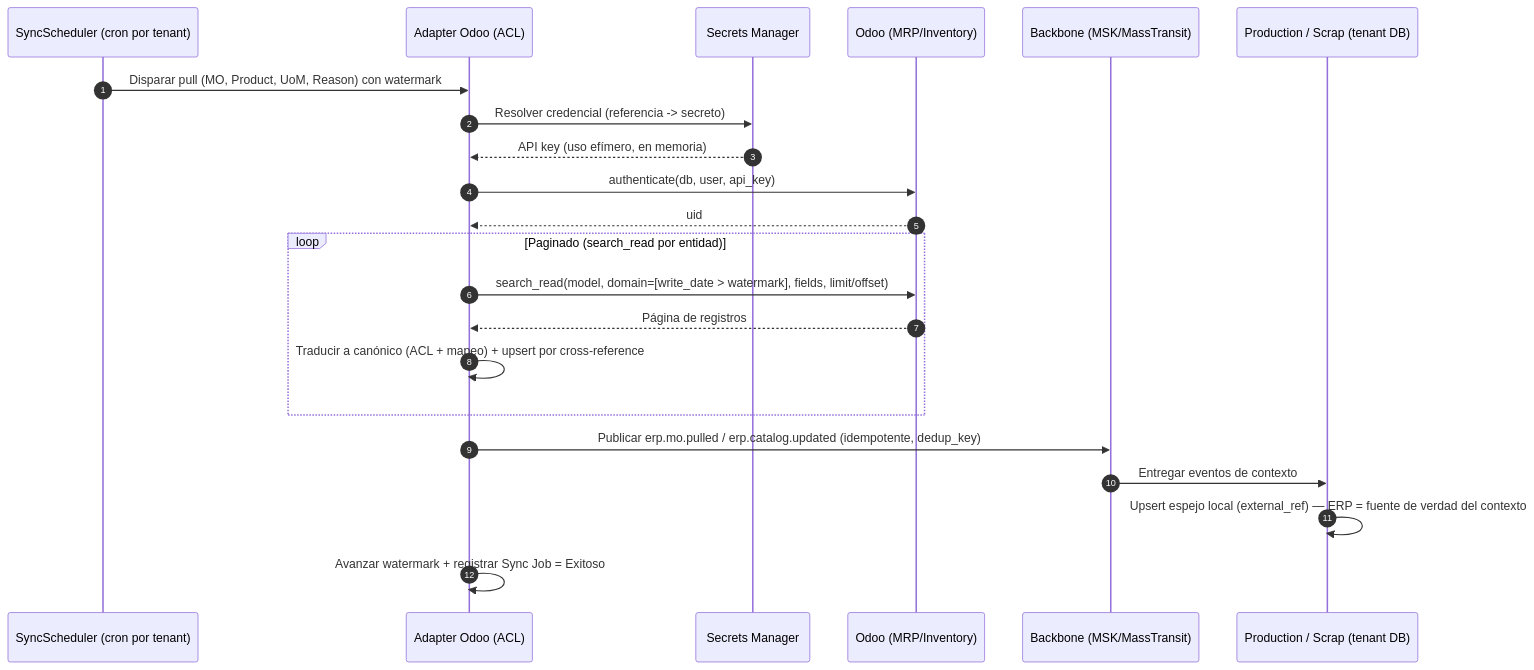
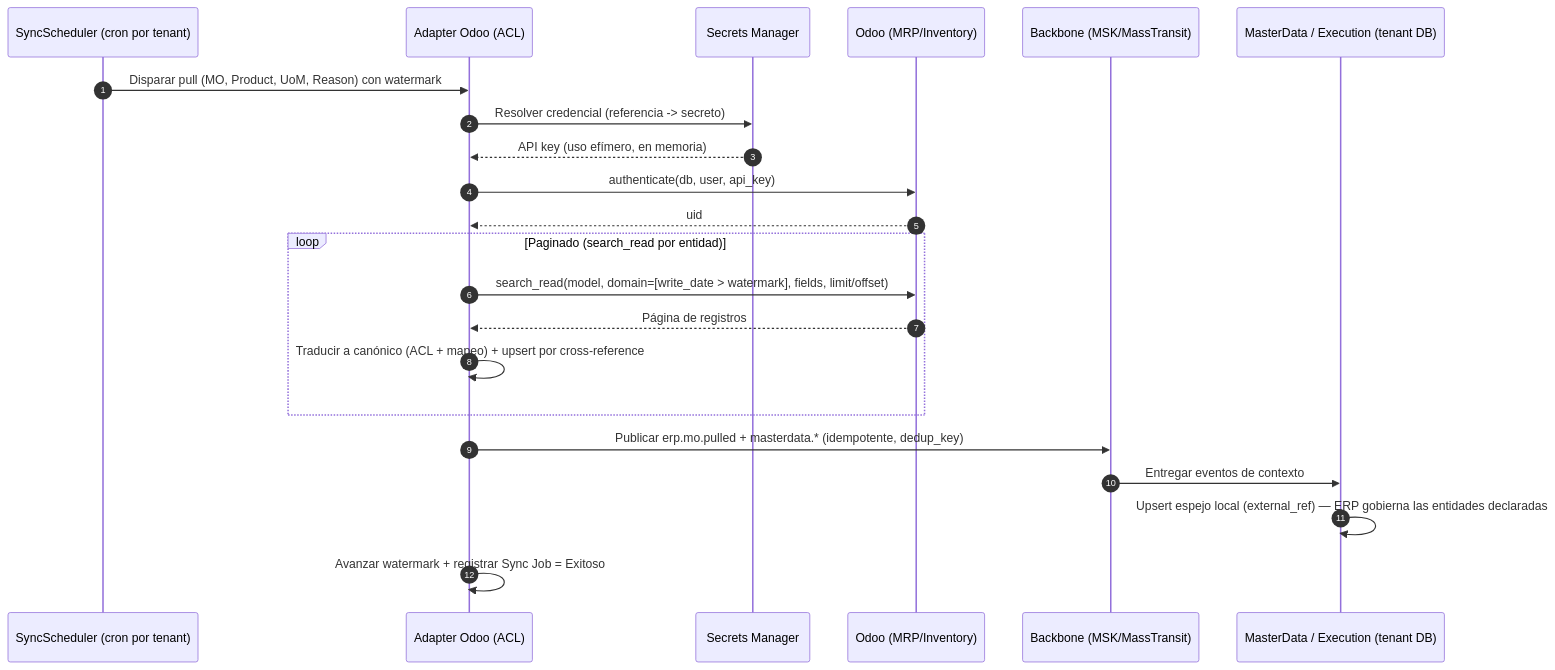
Before and after one commit to buttiepedro/mes: the second of 7 diagrams in docs/design/06-odoo-connector.md, drawn with Mermaid. The commit also changed other lines of this file and 17 other files, not shown here.

````diff
--- a/docs/design/06-odoo-connector.md
+++ b/docs/design/06-odoo-connector.md
@@ -312,25 +383,25 @@
 ```mermaid
 sequenceDiagram
     autonumber
     participant Sch as SyncScheduler (cron por tenant)
     participant Conn as Adapter Odoo (ACL)
     participant SM as Secrets Manager
     participant Odoo as Odoo (MRP/Inventory)
     participant Bus as Backbone (MSK/MassTransit)
-    participant Core as Production / Scrap (tenant DB)
+    participant Core as MasterData / Execution (tenant DB)
 
     Sch->>Conn: Disparar pull (MO, Product, UoM, Reason) con watermark
     Conn->>SM: Resolver credencial (referencia -> secreto)
     SM-->>Conn: API key (uso efímero, en memoria)
     Conn->>Odoo: authenticate(db, user, api_key)
     Odoo-->>Conn: uid
     loop Paginado (search_read por entidad)
         Conn->>Odoo: search_read(model, domain=[write_date > watermark], fields, limit/offset)
         Odoo-->>Conn: Página de registros
         Conn->>Conn: Traducir a canónico (ACL + mapeo) + upsert por cross-reference
     end
-    Conn->>Bus: Publicar erp.mo.pulled / erp.catalog.updated (idempotente, dedup_key)
+    Conn->>Bus: Publicar erp.mo.pulled + masterdata.* (idempotente, dedup_key)
     Bus->>Core: Entregar eventos de contexto
-    Core->>Core: Upsert espejo local (external_ref) — ERP = fuente de verdad del contexto
+    Core->>Core: Upsert espejo local (external_ref) — ERP gobierna las entidades declaradas
     Conn->>Conn: Avanzar watermark + registrar Sync Job = Exitoso
 ```
````
